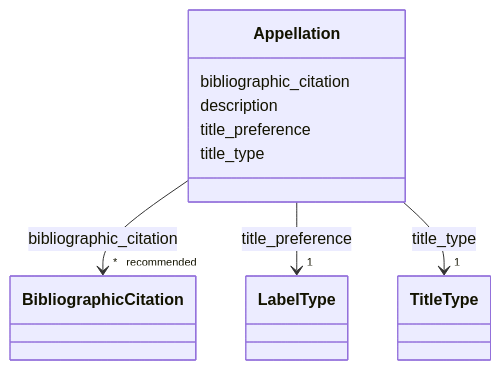
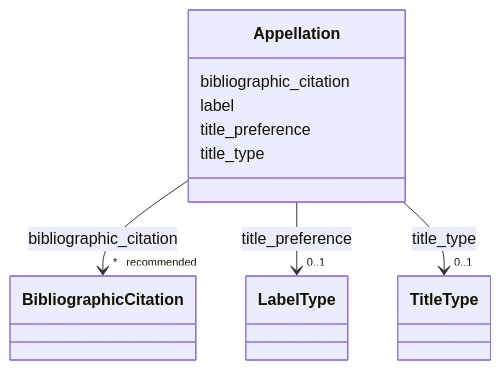
One commit to arqtrad/schema changed the diagram in docs/Appellation.md. Above: the diagram before and after it, drawn with Mermaid. The commit also changed other lines of this file and 215 other files, not shown here.

````diff
--- a/docs/Appellation.md
+++ b/docs/Appellation.md
@@ -18,41 +18,41 @@
 ```mermaid
  classDiagram
     class Appellation
     click Appellation href "../Appellation/"
       Appellation : bibliographic_citation
-
-
-
-
-
+        
+          
+    
+        
+        
         Appellation --> "* _recommended_" BibliographicCitation : bibliographic_citation
         click BibliographicCitation href "../BibliographicCitation/"
+    
 
+        
+      Appellation : label
+        
+      Appellation : title_preference
+        
+          
+    
+        
+        
+        Appellation --> "0..1" LabelType : title_preference
+        click LabelType href "../LabelType/"
+    
 
+        
+      Appellation : title_type
+        
+          
+    
+        
+        
+        Appellation --> "0..1" TitleType : title_type
+        click TitleType href "../TitleType/"
+    
 
-      Appellation : description
-
-      Appellation : title_preference
-
-
-
-
-
-        Appellation --> "1" LabelType : title_preference
-        click LabelType href "../LabelType/"
-
-
-
-      Appellation : title_type
-
-
-
-
-
-        Appellation --> "1" TitleType : title_type
-        click TitleType href "../TitleType/"
-
-
-
-
+        
+      
 ```
````
